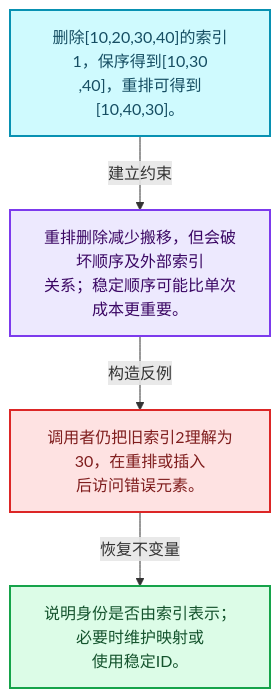
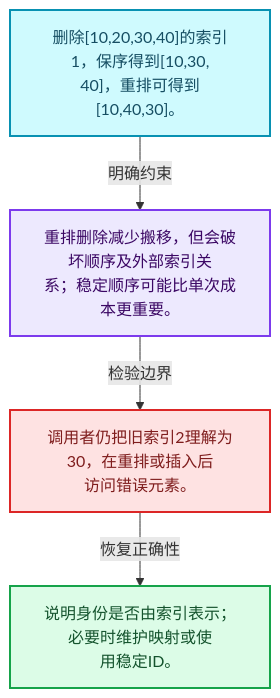
Before and after one commit to yunkezengren/blender-.vscode: the first of 4 diagrams in 杂/markdown/全面学习-codex/01-基础容器与现代CPP/11-Vector插入删除与重排.md, drawn with Mermaid. The commit also changed other lines of this file and 1930 other files, not shown here.

````diff
--- a/杂/markdown/全面学习-codex/01-基础容器与现代CPP/11-Vector插入删除与重排.md
+++ b/杂/markdown/全面学习-codex/01-基础容器与现代CPP/11-Vector插入删除与重排.md
@@ -29,16 +29,16 @@
 ```mermaid
 flowchart TB
-  M["删除[10,20,30,40]的索引1，保序得到[10,30<br/>,40]，重排可得到[10,40,30]。"]:::data
-  T["重排删除减少搬移，但会破坏顺序及外部索引<br/>关系；稳定顺序可能比单次成本更重要。"]:::abstraction
-  X["调用者仍把旧索引2理解为30，在重排或插入<br/>后访问错误元素。"]:::error
-  A["说明身份是否由索引表示；必要时维护映射或<br/>使用稳定ID。"]:::result
-  M -->|"建立约束"| T
-  T -->|"构造反例"| X
-  X -->|"恢复不变量"| A
+  M["删除[10,20,30,40]的索引1，保序得到[10,30,<br/>40]，重排可得到[10,40,30]。"]:::data
+  C["重排删除减少搬移，但会破坏顺序及外部索引关<br/>系；稳定顺序可能比单次成本更重要。"]:::abstraction
+  B["调用者仍把旧索引2理解为30，在重排或插入后<br/>访问错误元素。"]:::error
+  R["说明身份是否由索引表示；必要时维护映射或使<br/>用稳定ID。"]:::result
+  M -->|"明确约束"| C
+  C -->|"检验边界"| B
+  B -->|"恢复正确性"| R
   classDef input fill:#DBEAFE,stroke:#2563EB,color:#172554,stroke-width:2px;
   classDef data fill:#CFFAFE,stroke:#0891B2,color:#164E63,stroke-width:2px;
   classDef abstraction fill:#EDE9FE,stroke:#7C3AED,color:#3B0764,stroke-width:2px;
   classDef compute fill:#FEF3C7,stroke:#D97706,color:#78350F,stroke-width:2px;
   classDef result fill:#DCFCE7,stroke:#16A34A,color:#14532D,stroke-width:2px;
   classDef error fill:#FEE2E2,stroke:#DC2626,color:#7F1D1D,stroke-width:2px;
 ```
````
